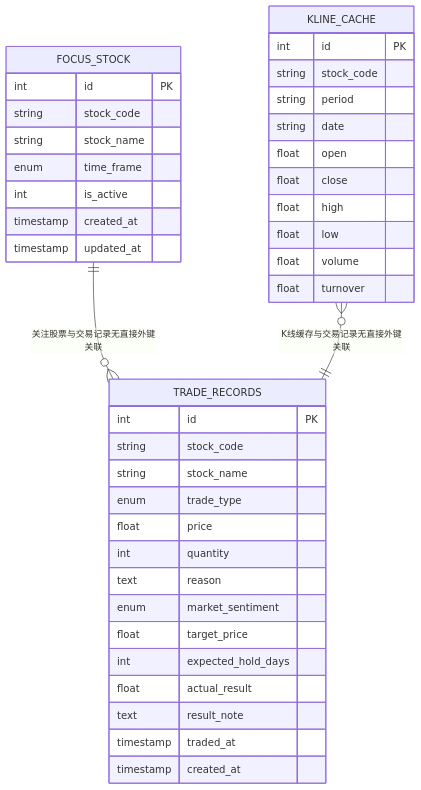
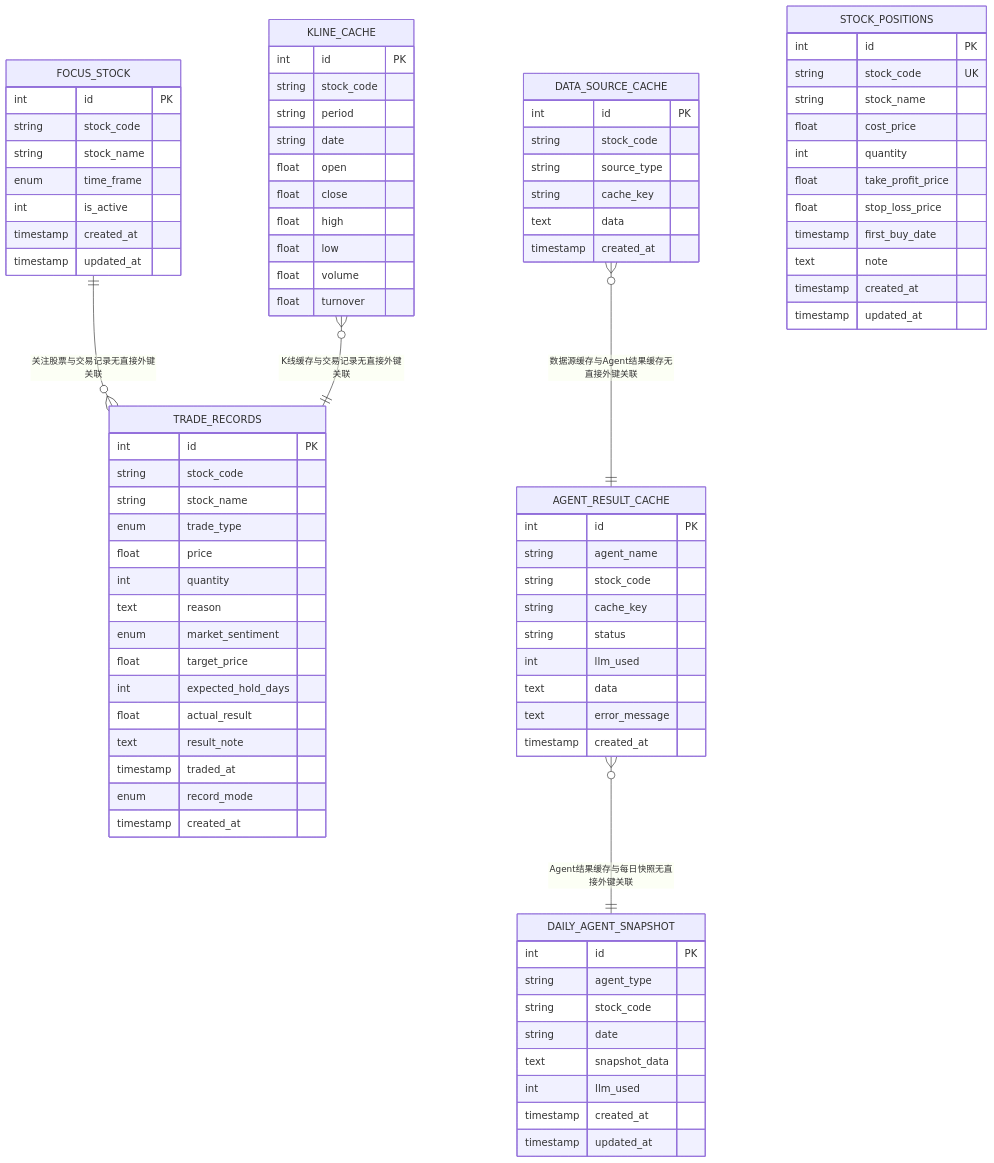
One commit to Moruime/stock_foker changed the second of 12 diagrams in .qoder/repowiki/zh/content/数据模型/数据模型.md. Above: the diagram before and after it, drawn with Mermaid. The commit also changed other lines of this file and 52 other files, not shown here.

````diff
--- a/.qoder/repowiki/zh/content/数据模型/数据模型.md
+++ b/.qoder/repowiki/zh/content/数据模型/数据模型.md
@@ -253,6 +248,7 @@
 float actual_result
 text result_note
 timestamp traded_at
+enum record_mode
 timestamp created_at
 }
 KLINE_CACHE {
@@ -267,6 +263,50 @@
 float volume
 float turnover
 }
+AGENT_RESULT_CACHE {
+int id PK
+string agent_name
+string stock_code
+string cache_key
+string status
+int llm_used
+text data
+text error_message
+timestamp created_at
+}
+DAILY_AGENT_SNAPSHOT {
+int id PK
+string agent_type
+string stock_code
+string date
+text snapshot_data
+int llm_used
+timestamp created_at
+timestamp updated_at
+}
+DATA_SOURCE_CACHE {
+int id PK
+string stock_code
+string source_type
+string cache_key
+text data
+timestamp created_at
+}
+STOCK_POSITIONS {
+int id PK
+string stock_code UK
+string stock_name
+float cost_price
+int quantity
+float take_profit_price
+float stop_loss_price
+timestamp first_buy_date
+text note
+timestamp created_at
+timestamp updated_at
+}
 FOCUS_STOCK ||--o{ TRADE_RECORDS : "关注股票与交易记录无直接外键关联"
 KLINE_CACHE }o--|| TRADE_RECORDS : "K线缓存与交易记录无直接外键关联"
+AGENT_RESULT_CACHE }o--|| DAILY_AGENT_SNAPSHOT : "Agent结果缓存与每日快照无直接外键关联"
+DATA_SOURCE_CACHE }o--|| AGENT_RESULT_CACHE : "数据源缓存与Agent结果缓存无直接外键关联"
 ```
````
